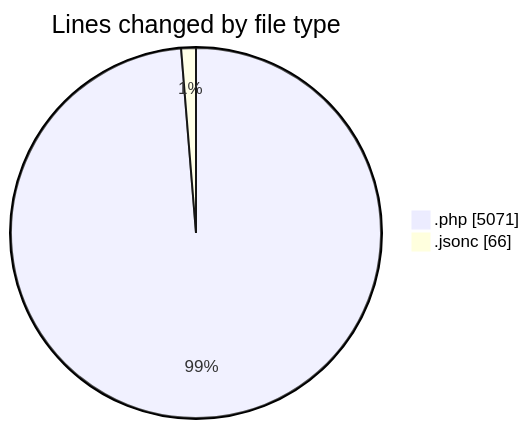
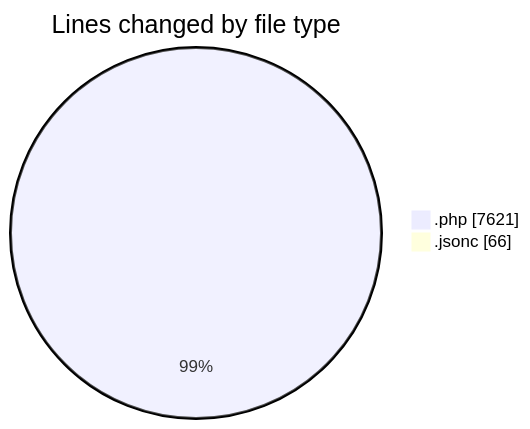
The first of 2 diagrams in 2025-09-06/shop/README.md (vahidmafi/code-tracking), drawn with Mermaid before and after one commit. The commit also changed other lines of this file and 1 other file, not shown here.

````diff
--- a/2025-09-06/shop/README.md
+++ b/2025-09-06/shop/README.md
@@ -26,6 +27,6 @@
 ```mermaid
 pie showData
 title Lines changed by file type
-".php" : 5071
+".php" : 7621
 ".jsonc" : 66
 ```
````
